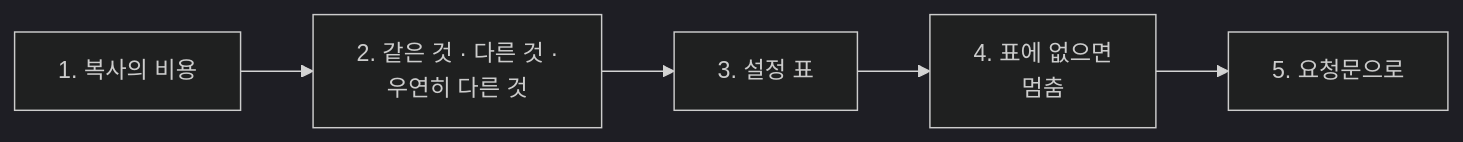
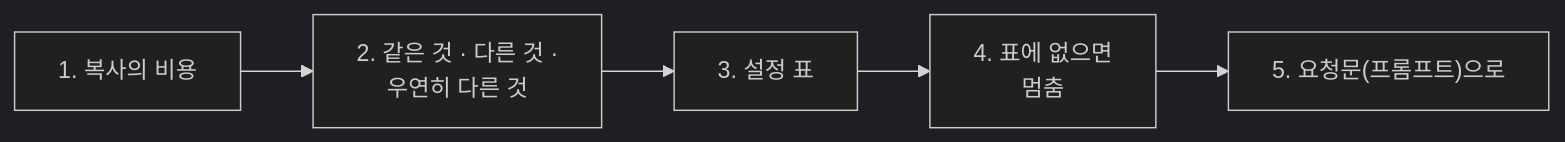
Before and after one commit to jbbdyee/ai-engineering-lab: the first of 2 diagrams in Lecture/70/01-STAGE1-TEMPLATE.md, drawn with Mermaid (dark theme). The commit also changed other lines of this file and 197 other files, not shown here.

````diff
--- a/Lecture/70/01-STAGE1-TEMPLATE.md
+++ b/Lecture/70/01-STAGE1-TEMPLATE.md
@@ -7,4 +7,4 @@
 ```mermaid
 flowchart LR
-  A["1. 복사의 비용"] --> B["2. 같은 것 · 다른 것 ·<br/>우연히 다른 것"] --> C["3. 설정 표"] --> D["4. 표에 없으면<br/>멈춤"] --> E["5. 요청문으로"]
+  A["1. 복사의 비용"] --> B["2. 같은 것 · 다른 것 ·<br/>우연히 다른 것"] --> C["3. 설정 표"] --> D["4. 표에 없으면<br/>멈춤"] --> E["5. 요청문(프롬프트)으로"]
 ```
````
